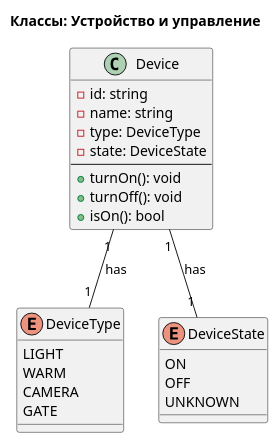
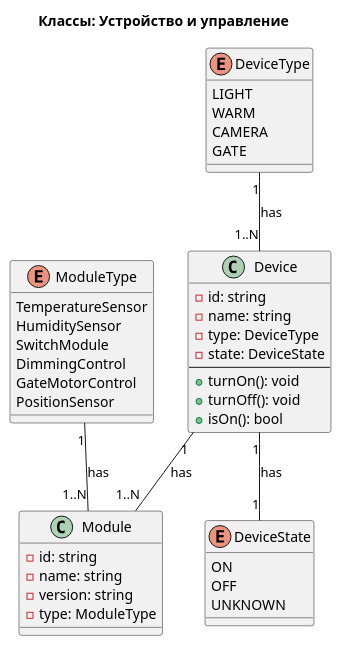
One commit to SweetLan/warmhouse-project changed the diagram in docs/architecture/code.md. Above: the diagram before and after it, drawn with PlantUML. The commit also changed 17 other files, not shown here.

````diff
--- a/docs/architecture/code.md
+++ b/docs/architecture/code.md
@@ -2,34 +2,53 @@
 ```plantuml
 @startuml CodeDiagram
 title Классы: Устройство и управление
 
 
 class Device {
   - id: string
   - name: string
   - type: DeviceType
   - state: DeviceState
   --
   + turnOn(): void
   + turnOff(): void
   + isOn(): bool
 }
 
+class Module {
+  - id: string
+  - name: string
+  - version: string
+  - type: ModuleType
+}
+
 enum DeviceType {
   LIGHT
   WARM
   CAMERA
   GATE
 }
 
 enum DeviceState {
   ON
   OFF
   UNKNOWN
 }
+
+enum ModuleType {
+  TemperatureSensor
+  HumiditySensor
+  SwitchModule
+  DimmingControl
+  GateMotorControl
+  PositionSensor
+}
  
-Device "1" -- "1" DeviceType : has
+DeviceType "1" -- "1..N" Device  : has
 Device "1" -- "1" DeviceState : has
+Device "1" -- "1..N" Module : has
+ModuleType "1" -- "1..N" Module  : has
 
 @enduml
+
 ```
````
